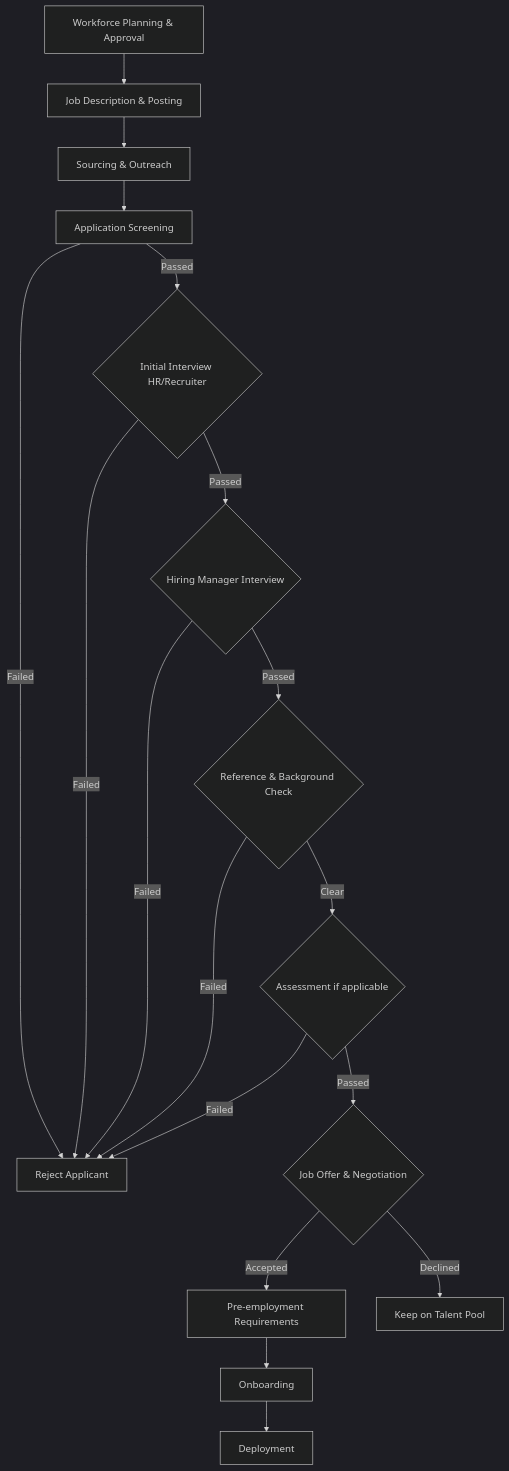
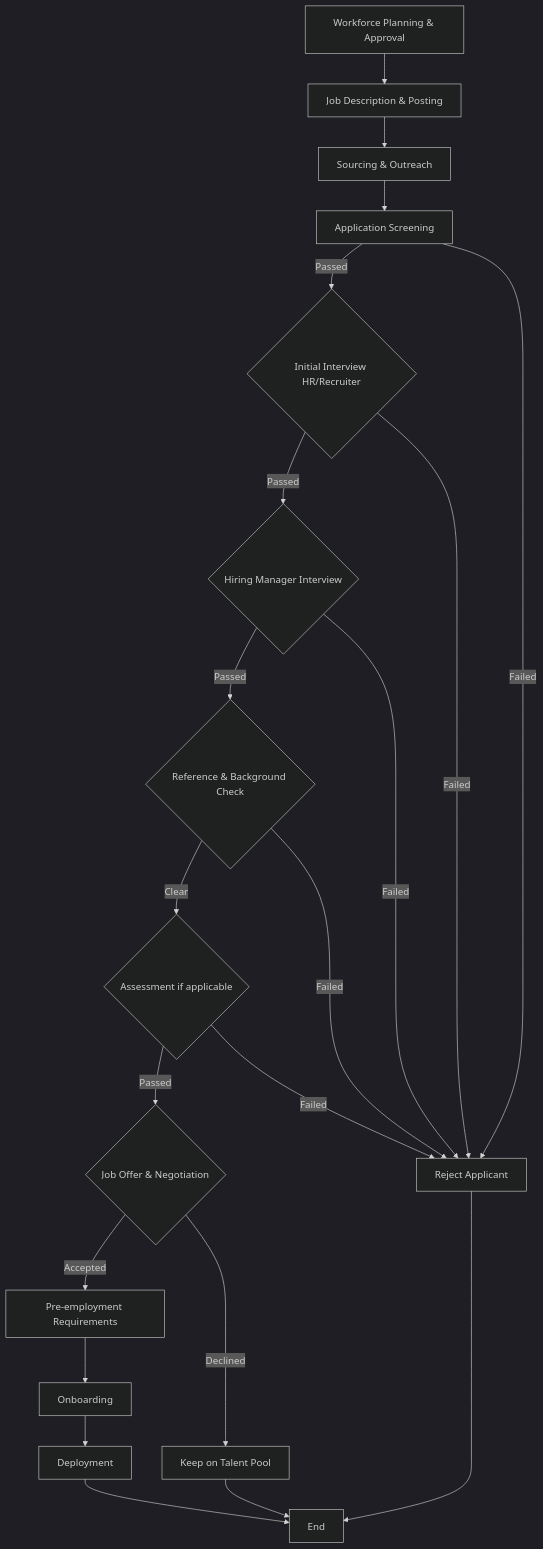
One commit to cholo0105/it_trainings changed the diagram in Flowcharts/Recruitmentflowchart.mmd. Above: the diagram before and after it, drawn with Mermaid (dark theme).

```diff
--- a/Flowcharts/Recruitmentflowchart.mmd
+++ b/Flowcharts/Recruitmentflowchart.mmd
@@ -1,18 +1,21 @@
 flowchart TD
     A[Workforce Planning & Approval] --> B[Job Description & Posting]
     B --> C[Sourcing & Outreach]
     C --> D[Application Screening]
     D -->|Passed| E{Initial Interview HR/Recruiter}
     D -->|Failed| Z1[Reject Applicant]
     E -->|Passed| F{Hiring Manager Interview}
     E -->|Failed| Z1
     F -->|Passed| G{Reference & Background Check}
     F -->|Failed| Z1
     G -->|Clear| H{Assessment if applicable}
     G -->|Failed| Z1
     H -->|Passed| I{Job Offer & Negotiation}
     H -->|Failed| Z1
     I -->|Accepted| J[Pre-employment Requirements]
     I -->|Declined| Z2[Keep on Talent Pool]
     J --> K[Onboarding]
     K --> L[Deployment]
+    L --> End
+    Z2 --> End
+    Z1 --> End
```
